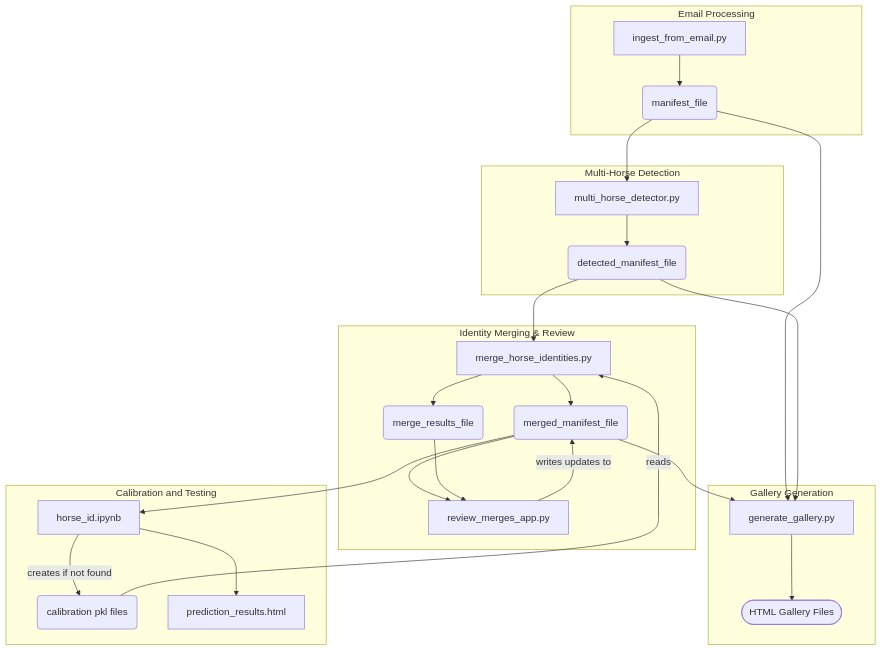
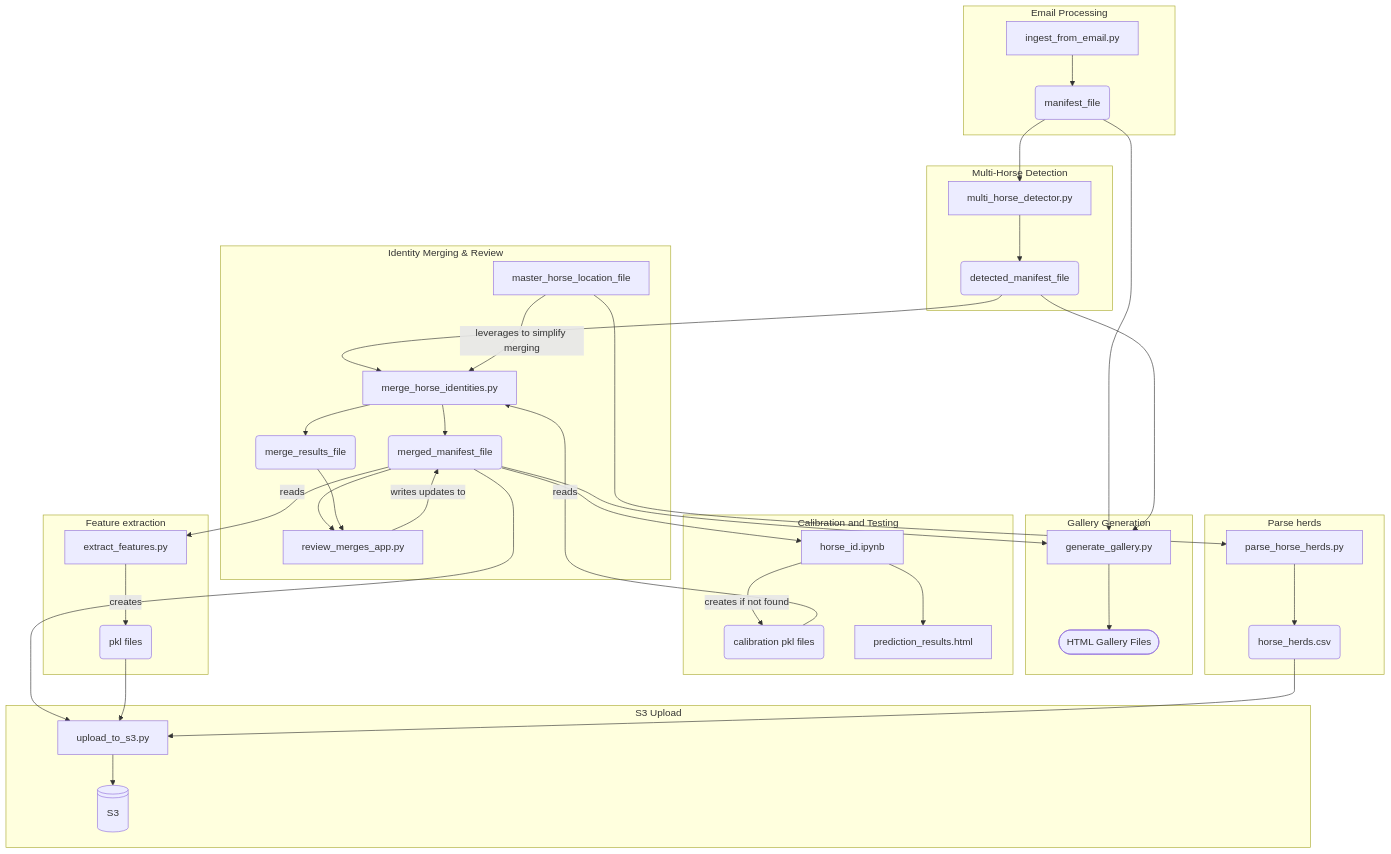
One commit to dlleigh/horse-id changed the second of 2 diagrams in README.md. Above: the diagram before and after it, drawn with Mermaid. The commit also changed other lines of this file and 1 other file, not shown here.

````diff
--- a/README.md
+++ b/README.md
@@ -295,35 +278,55 @@
 ```mermaid
 graph TD
     subgraph "Email Processing"
         email_parser["ingest_from_email.py"] --> manifest_base("manifest_file")
     end
 
     subgraph "Multi-Horse Detection"
         manifest_base --> detector["multi_horse_detector.py"]
         detector --> manifest_detected("detected_manifest_file")
     end
 
     subgraph "Identity Merging & Review"
         manifest_detected --> merger["merge_horse_identities.py"]
         merger --> manifest_merged("merged_manifest_file")
         merger --> merge_log("merge_results_file")
         manifest_merged --> reviewer["review_merges_app.py"]
         merge_log --> reviewer
         reviewer -- "writes updates to" --> manifest_merged
+        master_horse_location_file -- "leverages to simplify merging"--> merger
     end
 
     subgraph "Gallery Generation"
         manifest_base --> gallery_gen["generate_gallery.py"]
         manifest_detected --> gallery_gen
         manifest_merged --> gallery_gen
         gallery_gen --> html_galleries([HTML Gallery Files])
     end
 
     subgraph "Calibration and Testing"
         manifest_merged --> calibration["horse_id.ipynb"]
         calibration -- "creates if not found" --> calibration_files(calibration pkl files)
         calibration_files -- "reads" --> merger
         calibration --> prediction_results["prediction_results.html"]
     end
 
+    subgraph "Feature extraction"
+        manifest_merged -- "reads" --> extractor["extract_features.py"]
+        extractor -- creates --> features(pkl files)
+    end
+
+    subgraph "Parse herds"
+        master_horse_location_file --> parser["parse_horse_herds.py"]
+        parser --> horse_herds("horse_herds.csv")
+    end
+
+    subgraph "S3 Upload"
+        manifest_merged --> uploader["upload_to_s3.py"]
+        features --> uploader
+        horse_herds --> uploader
+        uploader --> S3
+    end
+
+    S3@{shape: disk}
+
 ```
````
